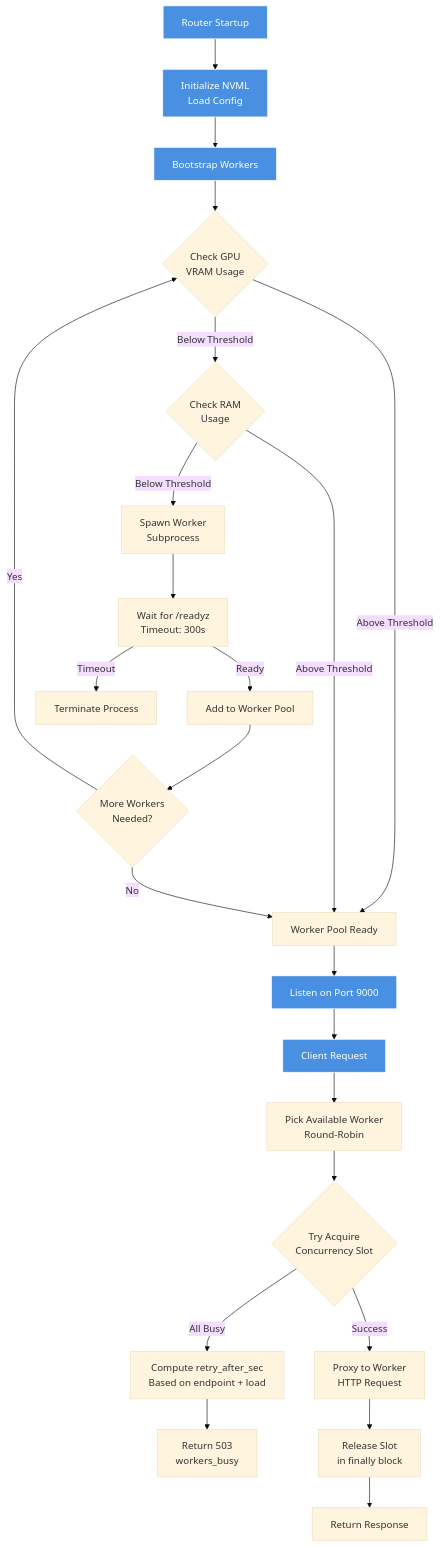
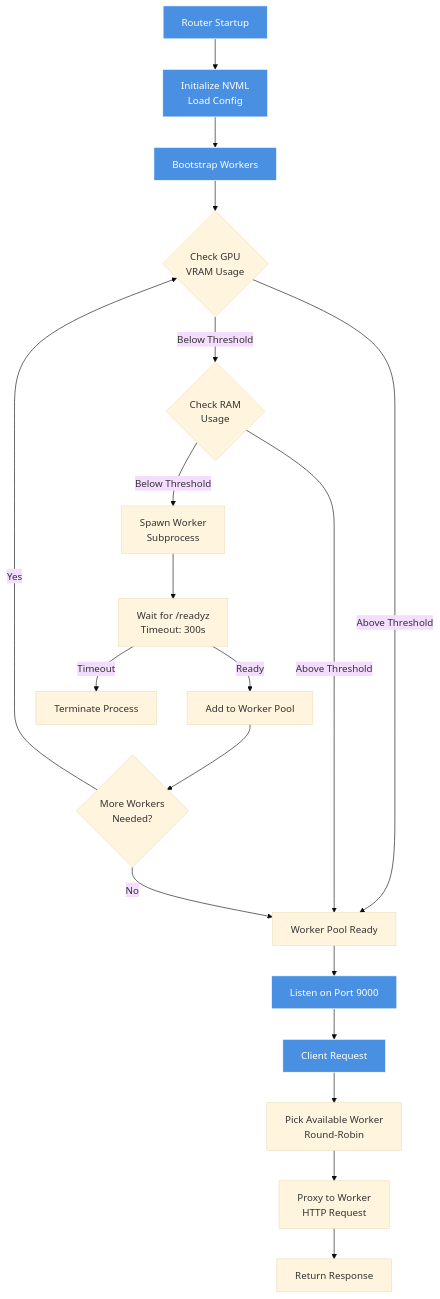
Before and after one commit to Pugsy-Explores/ml-fastvlm: the second of 5 diagrams in README.md, drawn with Mermaid (base theme). The commit also changed other lines of this file, not shown here.

Commit message:
docs: remove load shedding and roadmap sections from README

````diff
--- a/README.md
+++ b/README.md
@@ -96,31 +92,27 @@
 ```mermaid
 flowchart TB
     Start[Router Startup] --> Init[Initialize NVML<br/>Load Config]
     Init --> Bootstrap[Bootstrap Workers]
     
     Bootstrap --> CheckGPU{Check GPU<br/>VRAM Usage}
     CheckGPU -->|Below Threshold| CheckRAM{Check RAM<br/>Usage}
     CheckRAM -->|Below Threshold| Spawn[Spawn Worker<br/>Subprocess]
     Spawn --> Wait[Wait for /readyz<br/>Timeout: 300s]
     Wait -->|Ready| Add[Add to Worker Pool]
     Wait -->|Timeout| Terminate[Terminate Process]
     Add --> More{More Workers<br/>Needed?}
     CheckGPU -->|Above Threshold| Done
     CheckRAM -->|Above Threshold| Done
     More -->|Yes| CheckGPU
     More -->|No| Done[Worker Pool Ready]
     
     Done --> Listen[Listen on Port 9000]
     
     Listen --> Request[Client Request]
     Request --> Pick[Pick Available Worker<br/>Round-Robin]
-    Pick --> TrySlot{Try Acquire<br/>Concurrency Slot}
-    TrySlot -->|Success| Proxy[Proxy to Worker<br/>HTTP Request]
-    TrySlot -->|All Busy| ComputeRetry[Compute retry_after_sec<br/>Based on endpoint + load]
-    ComputeRetry --> Return503[Return 503<br/>workers_busy]
-    Proxy --> Release[Release Slot<br/>in finally block]
-    Release --> Response[Return Response]
+    Pick --> Proxy[Proxy to Worker<br/>HTTP Request]
+    Proxy --> Response[Return Response]
     
     classDef router fill:#4a90e2,stroke:#fff,color:#fff
     class Start,Init,Bootstrap,Listen,Request router
 ```
````
